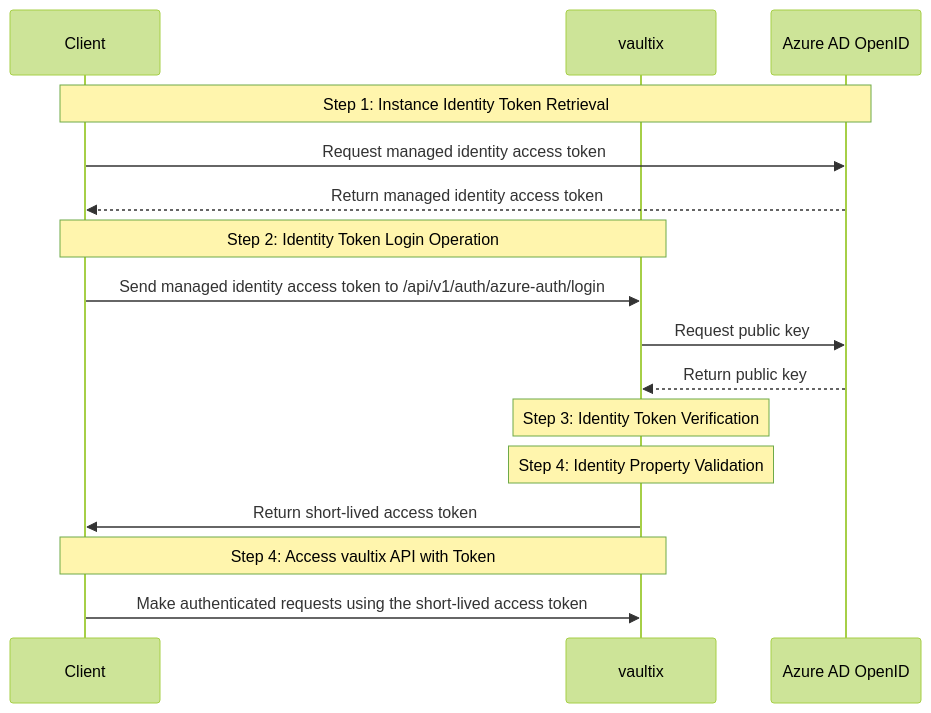
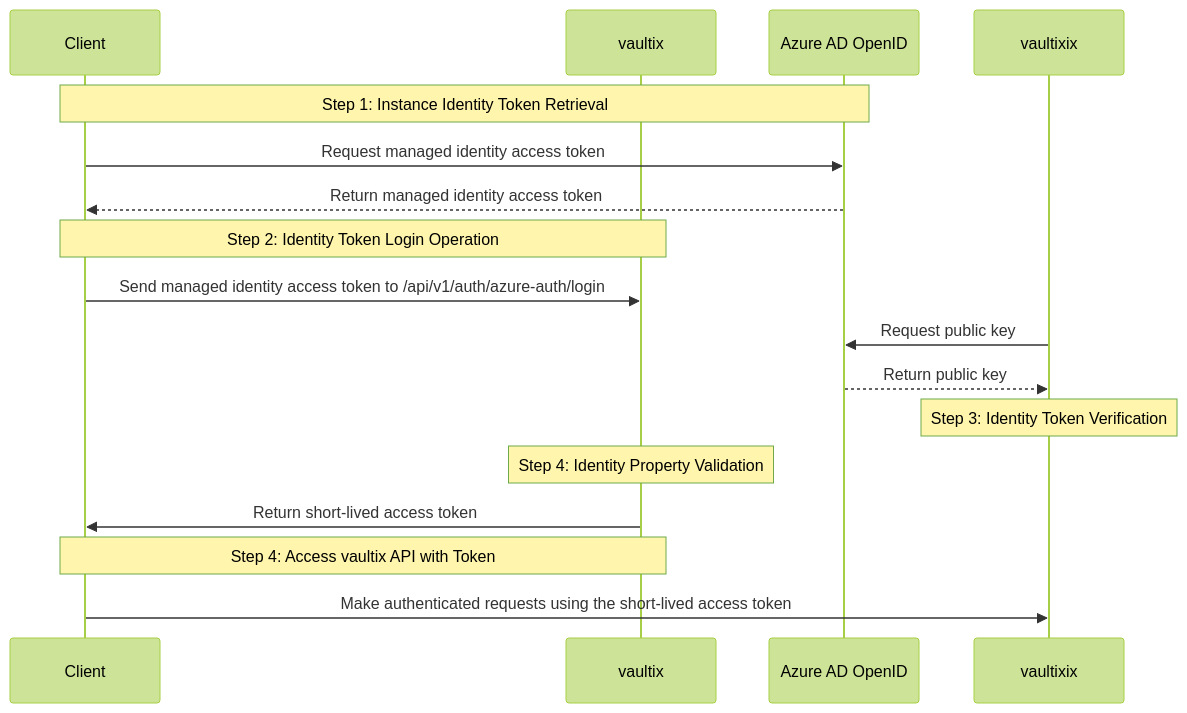
Before and after one commit to shippinAI/vaultix: the diagram in core/docs/documentation/platform/identities/azure-auth.mdx, drawn with Mermaid (forest theme). The commit also changed 52 other files, not shown here.

````diff
--- a/core/docs/documentation/platform/identities/azure-auth.mdx
+++ b/core/docs/documentation/platform/identities/azure-auth.mdx
@@ -12,22 +12,22 @@
 ```mermaid
 sequenceDiagram
   participant Client as Client
-  participant Infis as vaultix
+  participant vaultix as vaultix
   participant Azure as Azure AD OpenID
 
   Note over Client,Azure: Step 1: Instance Identity Token Retrieval
   Client->>Azure: Request managed identity access token
   Azure-->>Client: Return managed identity access token
 
-  Note over Client,Infis: Step 2: Identity Token Login Operation
-  Client->>Infis: Send managed identity access token to /api/v1/auth/azure-auth/login
-  Infis->>Azure: Request public key
-  Azure-->>Infis: Return public key
+  Note over Client,vaultix: Step 2: Identity Token Login Operation
+  Client->>vaultix: Send managed identity access token to /api/v1/auth/azure-auth/login
+  vaultixix->>Azure: Request public key
+  Azure-->>vaultixix: Return public key
 
-  Note over Infis: Step 3: Identity Token Verification
-  Note over Infis: Step 4: Identity Property Validation
-  Infis->>Client: Return short-lived access token
+  Note over vaultixix: Step 3: Identity Token Verification
+  Note over vaultix: Step 4: Identity Property Validation
+  vaultix->>Client: Return short-lived access token
 
-  Note over Client,Infis: Step 4: Access vaultix API with Token
-  Client->>Infis: Make authenticated requests using the short-lived access token
+  Note over Client,vaultix: Step 4: Access vaultix API with Token
+  Client->>vaultixix: Make authenticated requests using the short-lived access token
 ```
````
